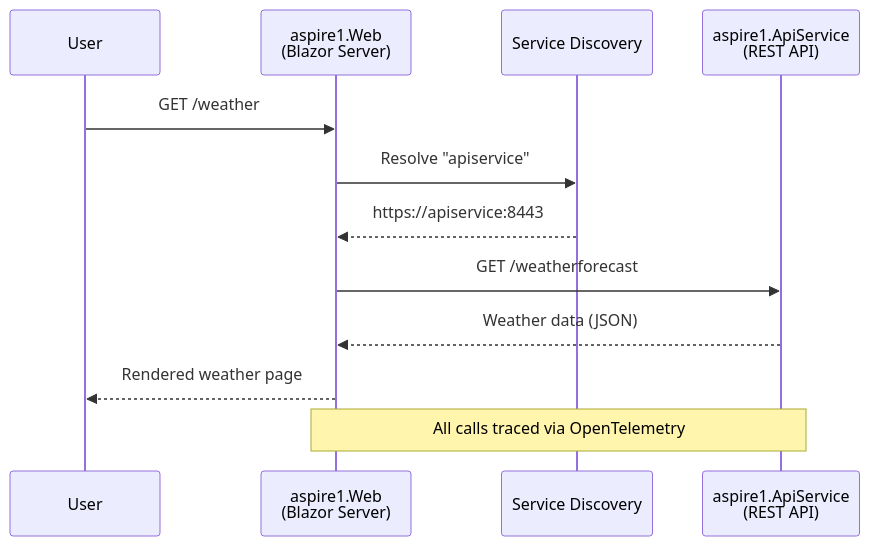
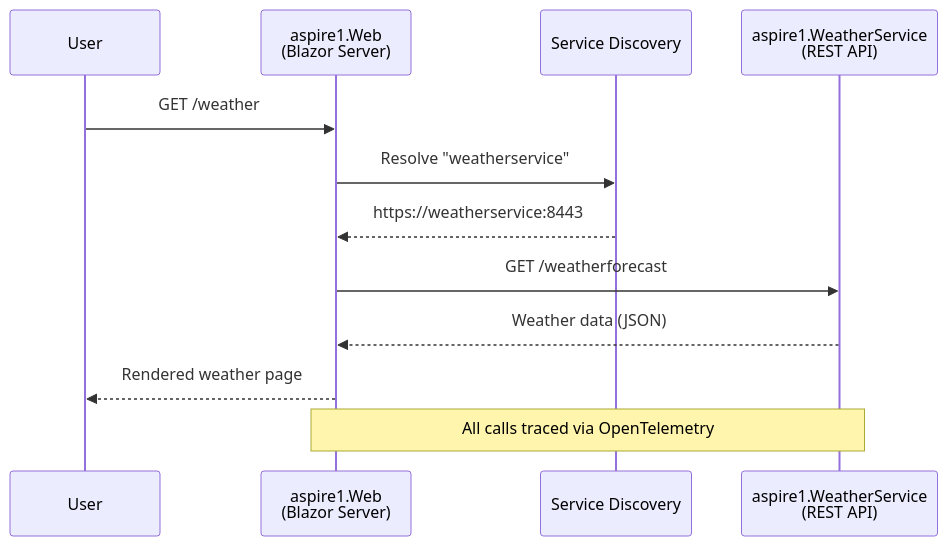
Before and after one commit to rbmathis/aspire1: the second of 8 diagrams in ARCHITECTURE.md, drawn with Mermaid. The commit also changed other lines of this file and 5 other files, not shown here.

First line of the commit message:
Align architecture documentation with actual codebase implementation (#20)

````diff
--- a/ARCHITECTURE.md
+++ b/ARCHITECTURE.md
@@ -169,16 +177,16 @@
 ```mermaid
 sequenceDiagram
     participant User
     participant Web as aspire1.Web<br/>(Blazor Server)
     participant ServiceDiscovery as Service Discovery
-    participant API as aspire1.ApiService<br/>(REST API)
+    participant API as aspire1.WeatherService<br/>(REST API)
 
     User->>Web: GET /weather
-    Web->>ServiceDiscovery: Resolve "apiservice"
-    ServiceDiscovery-->>Web: https://apiservice:8443
+    Web->>ServiceDiscovery: Resolve "weatherservice"
+    ServiceDiscovery-->>Web: https://weatherservice:8443
     Web->>API: GET /weatherforecast
     API-->>Web: Weather data (JSON)
     Web-->>User: Rendered weather page
 
     Note over Web,API: All calls traced via OpenTelemetry
 ```
````
